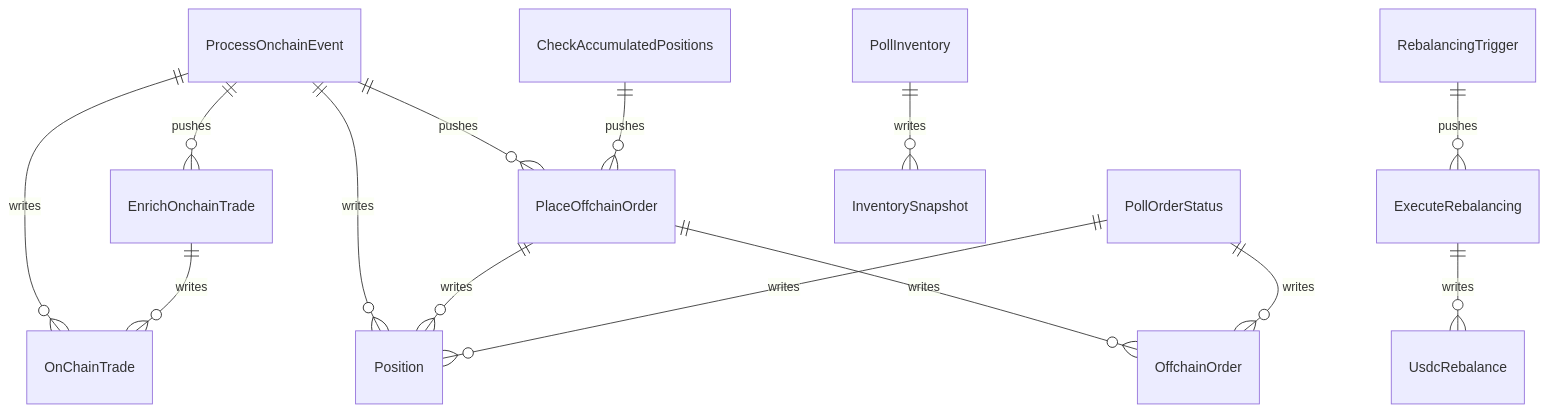
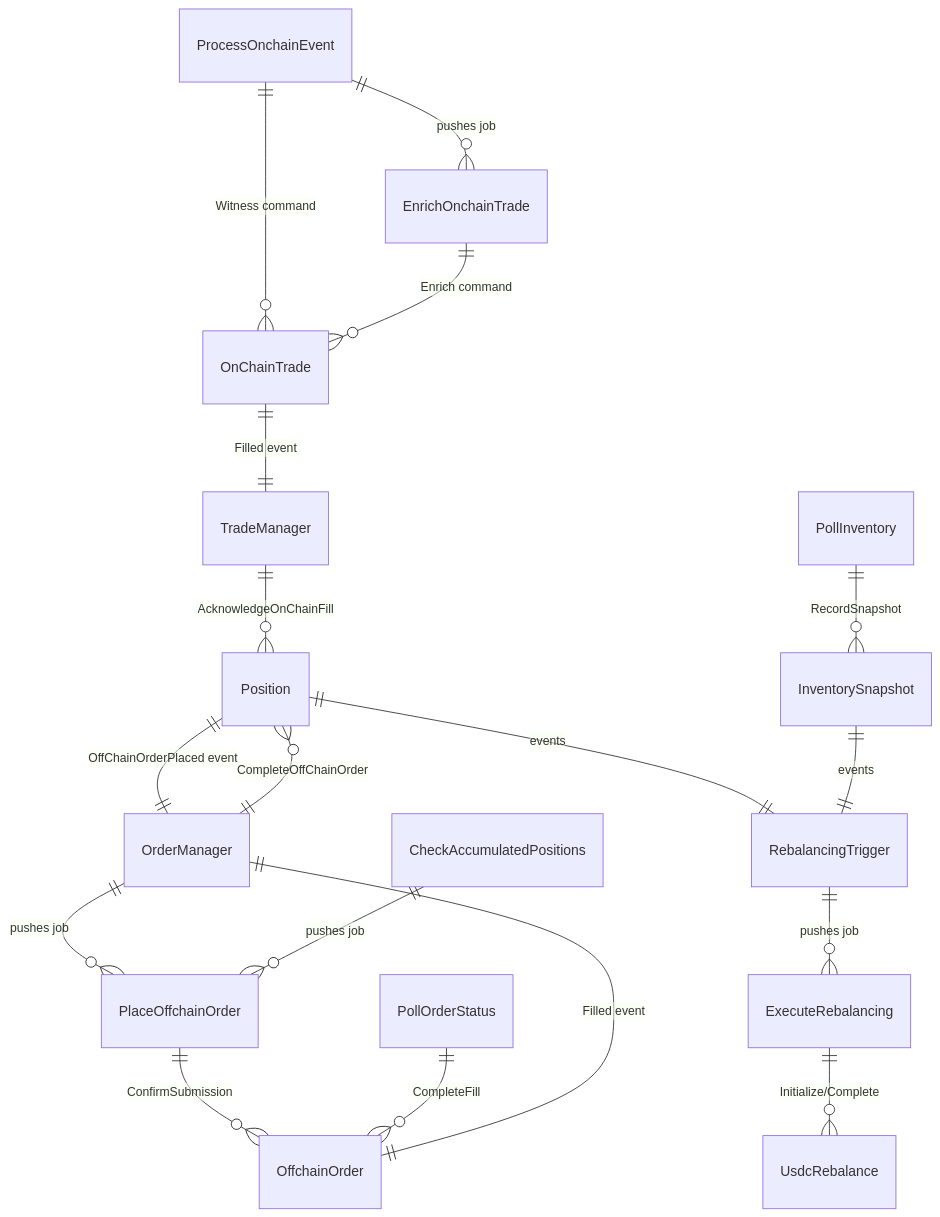
The seventh of 13 diagrams in SPEC.md (ST0x-Technology/st0x.liquidity), drawn with Mermaid before and after one commit. The commit also changed other lines of this file, not shown here.

````diff
--- a/SPEC.md
+++ b/SPEC.md
@@ -305,16 +385,23 @@
 ```mermaid
 erDiagram
-    ProcessOnchainEvent ||--o{ OnChainTrade : writes
-    ProcessOnchainEvent ||--o{ Position : writes
-    ProcessOnchainEvent ||--o{ PlaceOffchainOrder : pushes
-    ProcessOnchainEvent ||--o{ EnrichOnchainTrade : pushes
-    EnrichOnchainTrade ||--o{ OnChainTrade : writes
-    PlaceOffchainOrder ||--o{ OffchainOrder : writes
-    PlaceOffchainOrder ||--o{ Position : writes
-    PollOrderStatus ||--o{ OffchainOrder : writes
-    PollOrderStatus ||--o{ Position : writes
-    ExecuteRebalancing ||--o{ UsdcRebalance : writes
-    PollInventory ||--o{ InventorySnapshot : writes
-    CheckAccumulatedPositions ||--o{ PlaceOffchainOrder : pushes
-    RebalancingTrigger ||--o{ ExecuteRebalancing : pushes
+    ProcessOnchainEvent ||--o{ OnChainTrade : "Witness command"
+    OnChainTrade ||--|| TradeManager : "Filled event"
+    TradeManager ||--o{ Position : "AcknowledgeOnChainFill"
+    Position ||--|| OrderManager : "OffChainOrderPlaced event"
+    OrderManager ||--o{ PlaceOffchainOrder : "pushes job"
+
+    PlaceOffchainOrder ||--o{ OffchainOrder : "ConfirmSubmission"
+    PollOrderStatus ||--o{ OffchainOrder : "CompleteFill"
+    OffchainOrder ||--|| OrderManager : "Filled event"
+    OrderManager ||--o{ Position : "CompleteOffChainOrder"
+
+    ProcessOnchainEvent ||--o{ EnrichOnchainTrade : "pushes job"
+    EnrichOnchainTrade ||--o{ OnChainTrade : "Enrich command"
+
+    Position ||--|| RebalancingTrigger : "events"
+    InventorySnapshot ||--|| RebalancingTrigger : "events"
+    RebalancingTrigger ||--o{ ExecuteRebalancing : "pushes job"
+    ExecuteRebalancing ||--o{ UsdcRebalance : "Initialize/Complete"
+    PollInventory ||--o{ InventorySnapshot : "RecordSnapshot"
+    CheckAccumulatedPositions ||--o{ PlaceOffchainOrder : "pushes job"
 ```
````
